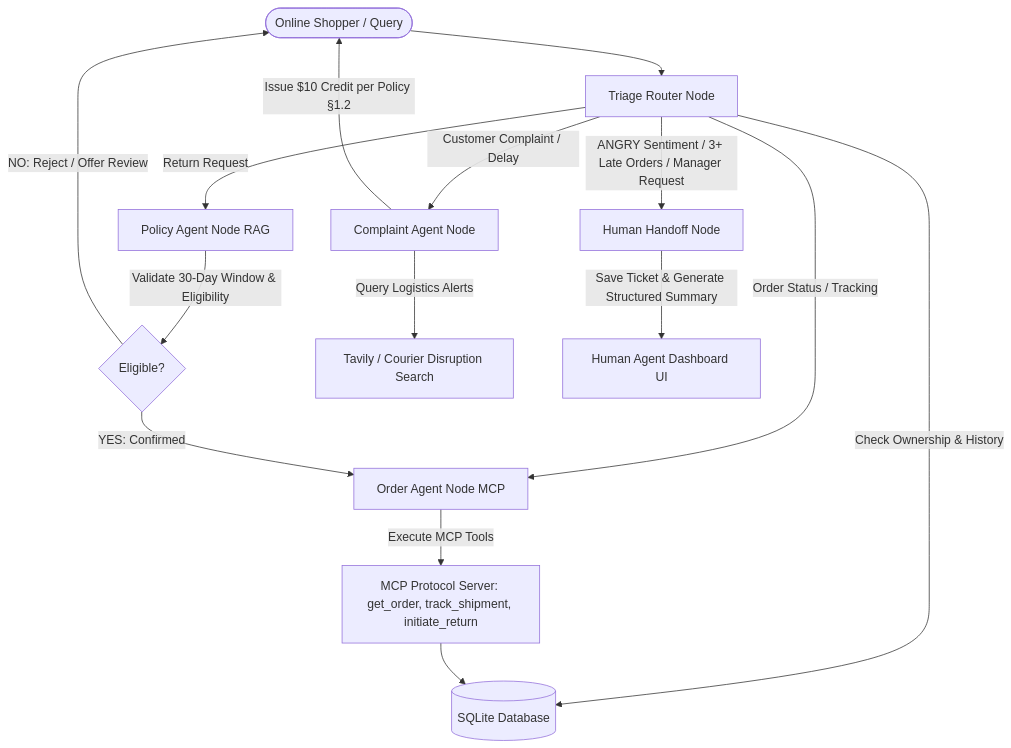
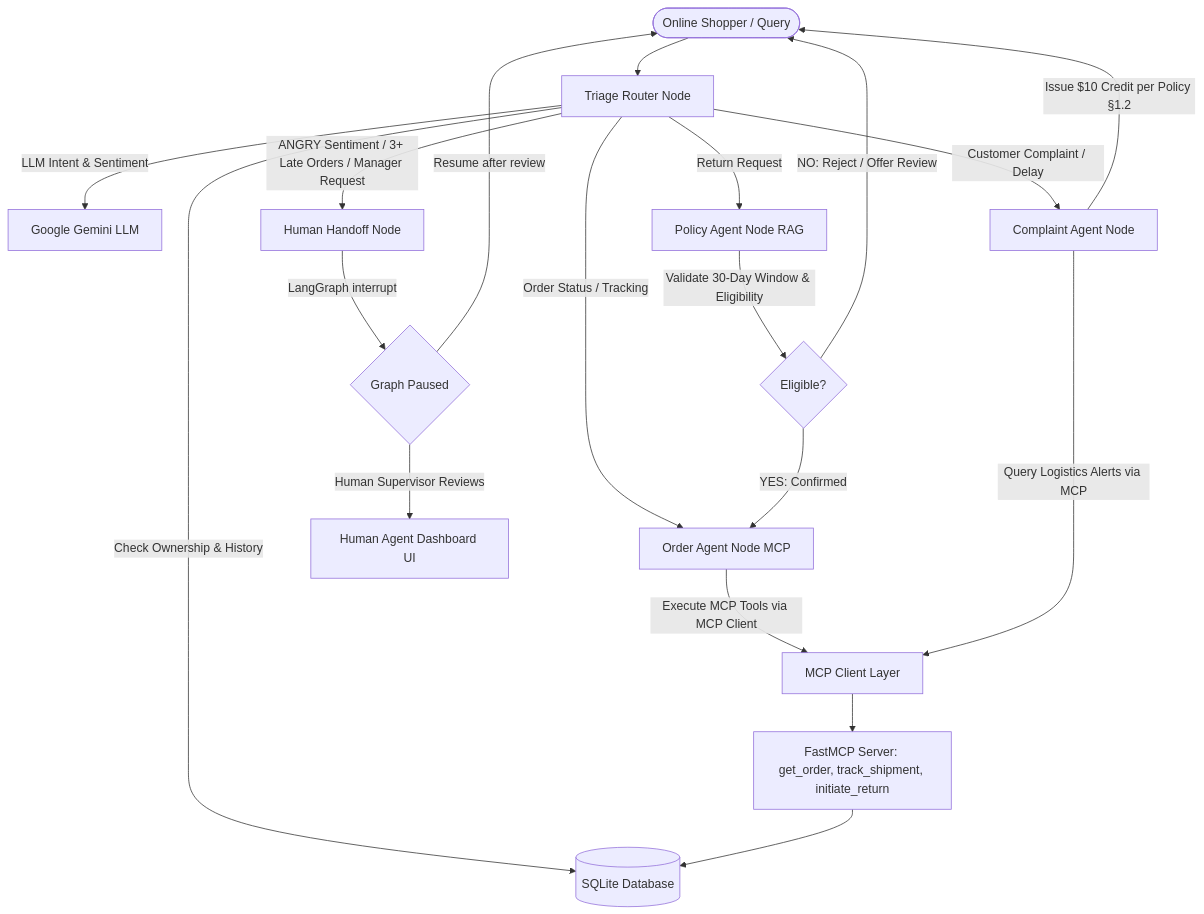
The diagram in README.md (Haryni/Customer-Support-Agent), drawn with Mermaid before and after one commit. The commit also changed other lines of this file and 25 other files, not shown here.

````diff
--- a/README.md
+++ b/README.md
@@ -24,29 +24,35 @@
 ```mermaid
 graph TD
     User([Online Shopper / Query]) --> Triage[Triage Router Node]
     
     %% Guardrails & History Check
     Triage -->|Check Ownership & History| SecurityDB[(SQLite Database)]
+    
+    %% LLM Classification
+    Triage -->|LLM Intent & Sentiment| Gemini[Google Gemini LLM]
     
     %% Routing Paths
     Triage -->|ANGRY Sentiment / 3+ Late Orders / Manager Request| Handoff[Human Handoff Node]
     Triage -->|Return Request| Policy[Policy Agent Node RAG]
     Triage -->|Order Status / Tracking| Order[Order Agent Node MCP]
     Triage -->|Customer Complaint / Delay| Complaint[Complaint Agent Node]
     
     %% Policy Confirmation Gate
     Policy -->|Validate 30-Day Window & Eligibility| PolicyGate{Eligible?}
     PolicyGate -->|YES: Confirmed| Order
     PolicyGate -->|NO: Reject / Offer Review| User
     
     %% MCP Execution
-    Order -->|Execute MCP Tools| MCPTools[MCP Protocol Server: get_order, track_shipment, initiate_return]
+    Order -->|Execute MCP Tools via MCP Client| MCPClient[MCP Client Layer]
+    MCPClient --> MCPTools[FastMCP Server: get_order, track_shipment, initiate_return]
     MCPTools --> SecurityDB
     
     %% Web Search Integration
-    Complaint -->|Query Logistics Alerts| Tavily[Tavily / Courier Disruption Search]
+    Complaint -->|Query Logistics Alerts via MCP| MCPClient
     Complaint -->|Issue $10 Credit per Policy §1.2| User
     
-    %% Escalation Output
-    Handoff -->|Save Ticket & Generate Structured Summary| Dashboard[Human Agent Dashboard UI]
+    %% LangGraph Interrupt
+    Handoff -->|LangGraph interrupt| GraphPause{Graph Paused}
+    GraphPause -->|Human Supervisor Reviews| Dashboard[Human Agent Dashboard UI]
+    GraphPause -->|Resume after review| User
 ```
````
